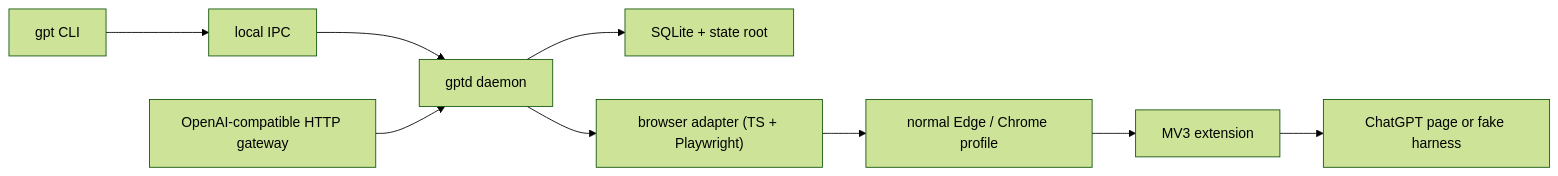
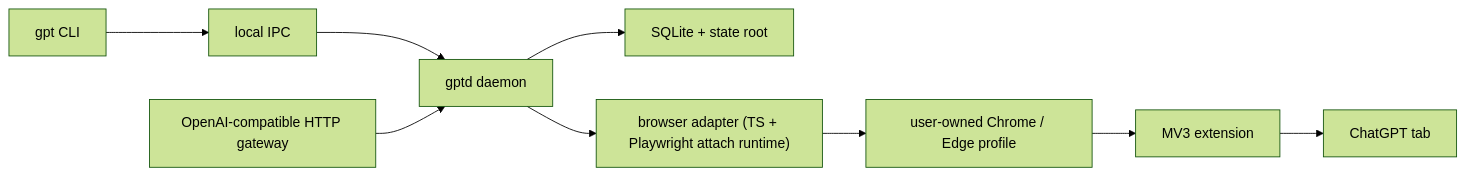
Before and after one commit to KeelMatrix/tablinq: the diagram in README.md, drawn with Mermaid (forest theme). The commit also changed other lines of this file and 10 other files, not shown here.

Commit message:
Rewrite docs for attach-first browser workflow

````diff
--- a/README.md
+++ b/README.md
@@ -38,11 +182,11 @@
 ```mermaid
 flowchart LR
     CLI["gpt CLI"] --> IPC["local IPC"]
     IPC --> Daemon["gptd daemon"]
     Daemon --> DB["SQLite + state root"]
-    Daemon --> Adapter["browser adapter (TS + Playwright)"]
-    Adapter --> Browser["normal Edge / Chrome profile"]
+    Daemon --> Adapter["browser adapter (TS + Playwright attach runtime)"]
+    Adapter --> Browser["user-owned Chrome / Edge profile"]
     Browser --> Extension["MV3 extension"]
-    Extension --> Page["ChatGPT page or fake harness"]
+    Extension --> Page["ChatGPT tab"]
     Gateway["OpenAI-compatible HTTP gateway"] --> Daemon
 ```
````
